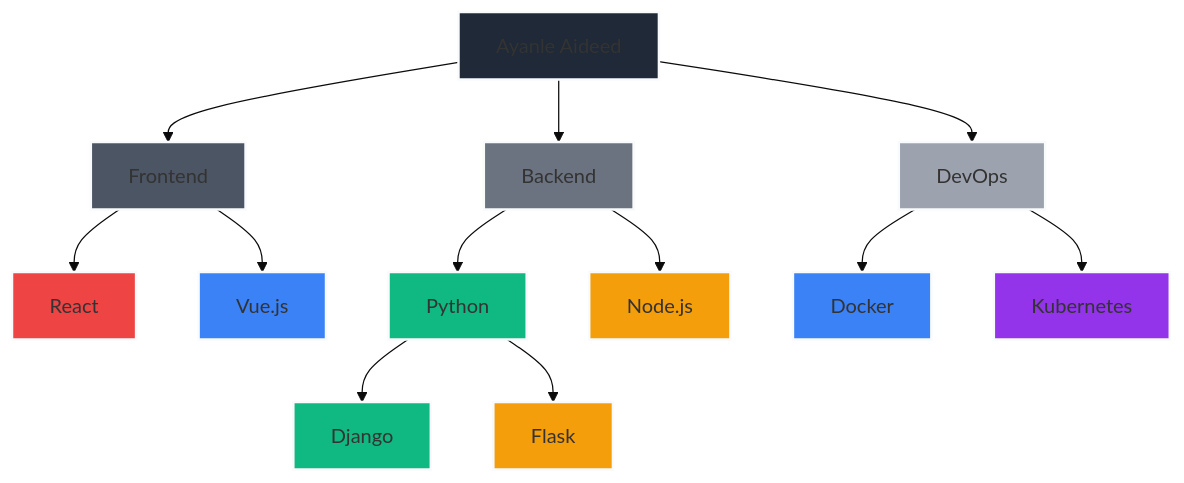
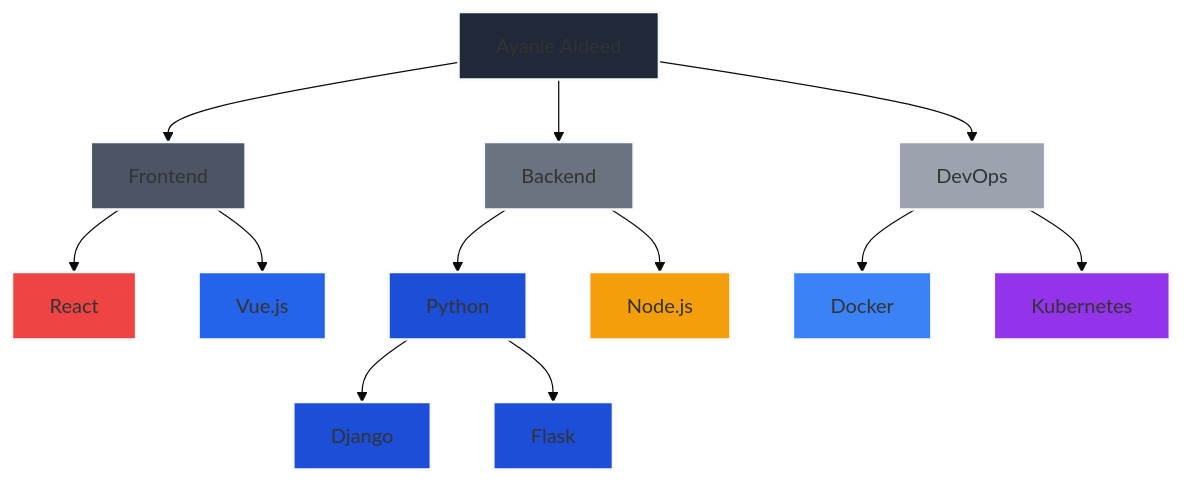
Before and after one commit to Ayanleaideed/Ayanleaideed: the diagram in README.md, drawn with Mermaid (base theme).

````diff
--- a/README.md
+++ b/README.md
@@ -115,30 +115,30 @@
 ```mermaid
 graph TD
     A[Ayanle Aideed] --> B[Frontend]
     A --> C[Backend]
     A --> D[DevOps]
     B --> E[React]
     B --> F[Vue.js]
     C --> G[Python]
     C --> H[Node.js]
     D --> I[Docker]
     D --> J[Kubernetes]
     G --> L[Django]
     G --> M[Flask]
 
     style A fill:#1F2937,stroke:#F9FAFB,stroke-width:2px
     style B fill:#4B5563,stroke:#F9FAFB,stroke-width:2px
     style C fill:#6B7280,stroke:#F9FAFB,stroke-width:2px
     style D fill:#9CA3AF,stroke:#F9FAFB,stroke-width:2px
     style E fill:#EF4444,stroke:#F9FAFB,stroke-width:2px
-    style F fill:#3B82F6,stroke:#F9FAFB,stroke-width:2px
-    style G fill:#10B981,stroke:#F9FAFB,stroke-width:2px
+    style F fill:#2563eb,stroke:#F9FAFB,stroke-width:2px
+    style G fill:#1d4ed8,stroke:#F9FAFB,stroke-width:2px
     style H fill:#F59E0B,stroke:#F9FAFB,stroke-width:2px
     style I fill:#3B82F6,stroke:#F9FAFB,stroke-width:2px
     style J fill:#9333EA,stroke:#F9FAFB,stroke-width:2px
-    style L fill:#10B981,stroke:#F9FAFB,stroke-width:2px
-    style M fill:#F59E0B,stroke:#F9FAFB,stroke-width:2px
+    style L fill:#1d4ed8,stroke:#F9FAFB,stroke-width:2px
+    style M fill:#1d4ed8,stroke:#F9FAFB,stroke-width:2px
 
 
 
 ```
````
